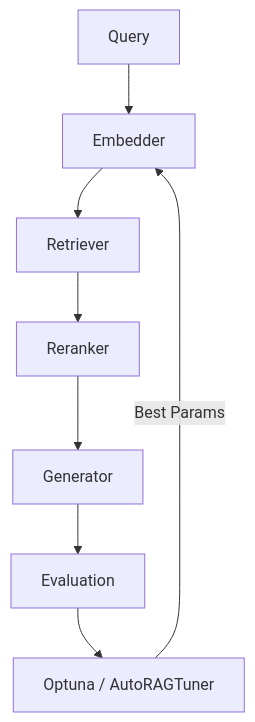
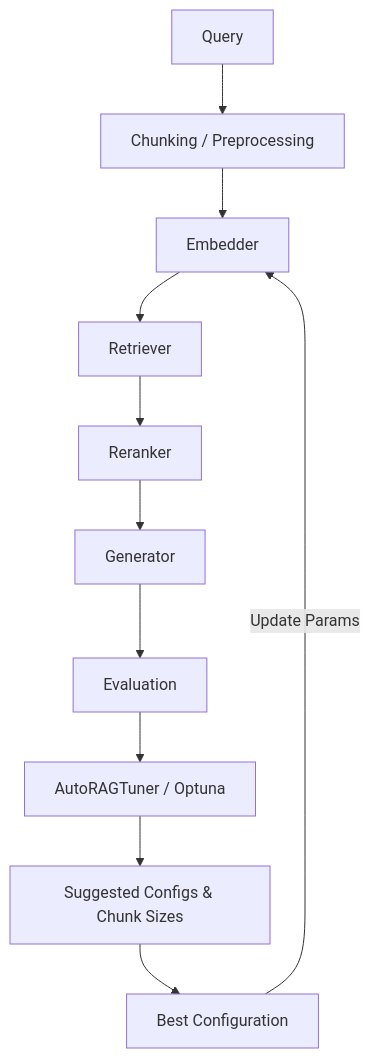
One commit to andyolivers/ragmint changed the diagram in README.md. Above: the diagram before and after it, drawn with Mermaid. The commit also changed other lines of this file and 2 other files, not shown here.

````diff
--- a/README.md
+++ b/README.md
@@ -354,10 +362,14 @@
 ```mermaid
 flowchart TD
-    A[Query] --> B[Embedder]
-    B --> C[Retriever]
-    C --> D[Reranker]
-    D --> E[Generator]
-    E --> F[Evaluation]
-    F --> G[Optuna / AutoRAGTuner]
-    G -->|Best Params| B
+    A[Query] --> B[Chunking / Preprocessing]
+    B --> C[Embedder]
+    C --> D[Retriever]
+    D --> E[Reranker]
+    E --> F[Generator]
+    F --> G[Evaluation]
+    G --> H[AutoRAGTuner / Optuna]
+    H --> I[Suggested Configs & Chunk Sizes]
+    I --> J[Best Configuration]
+    J -->|Update Params| C
+
 ```
````
